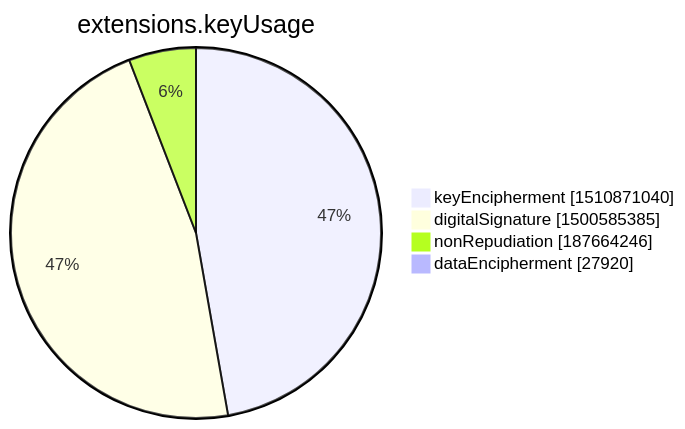
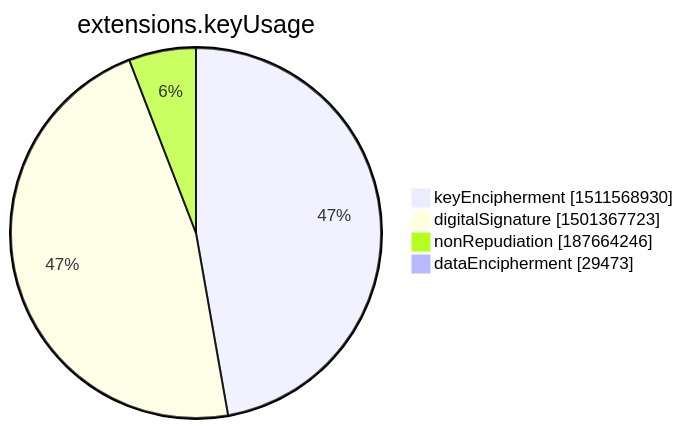
One commit to christiankrug/ctmonitor_visualization changed the seventh of 15 diagrams in xenon2022/README.md. Above: the diagram before and after it, drawn with Mermaid. The commit also changed other lines of this file, not shown here.

````diff
--- a/xenon2022/README.md
+++ b/xenon2022/README.md
@@ -2846,8 +2846,8 @@
 ```mermaid
 pie showData
 title extensions.keyUsage
-"keyEncipherment" :1510871040
-"digitalSignature" :1500585385
+"keyEncipherment" :1511568930
+"digitalSignature" :1501367723
 "nonRepudiation" :187664246
-"dataEncipherment" :27920
+"dataEncipherment" :29473
 ```
````
